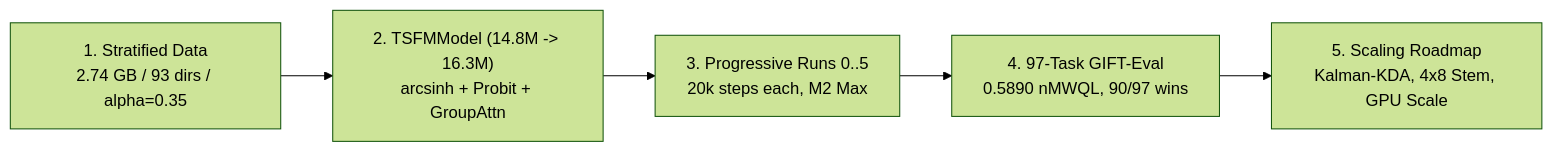
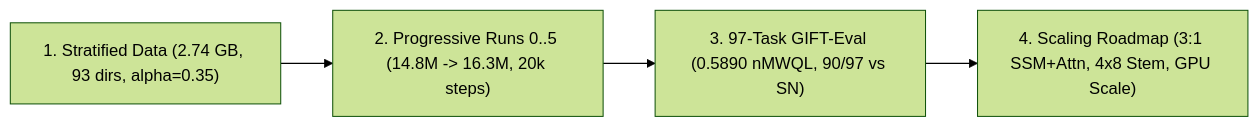
The diagram in README.md (aldobattista/gifteval-tsfm-prototype), drawn with Mermaid (forest theme) before and after one commit. The commit also changed other lines of this file and 26 other files, not shown here.

````diff
--- a/README.md
+++ b/README.md
@@ -17,7 +17,6 @@
 ```mermaid
 flowchart LR
-    D["1. Stratified Data<br/>2.74 GB / 93 dirs / alpha=0.35"] --> M["2. TSFMModel (14.8M -> 16.3M)<br/>arcsinh + Probit + GroupAttn"]
-    M --> R["3. Progressive Runs 0..5<br/>20k steps each, M2 Max"]
-    R --> E["4. 97-Task GIFT-Eval<br/>0.5890 nMWQL, 90/97 wins"]
-    E --> N["5. Scaling Roadmap<br/>Kalman-KDA, 4x8 Stem, GPU Scale"]
+    D["1. Stratified Data (2.74 GB, 93 dirs, alpha=0.35)"] --> M["2. Progressive Runs 0..5 (14.8M -> 16.3M, 20k steps)"]
+    M --> E["3. 97-Task GIFT-Eval (0.5890 nMWQL, 90/97 vs SN)"]
+    E --> N["4. Scaling Roadmap (3:1 SSM+Attn, 4x8 Stem, GPU Scale)"]
 ```
````
